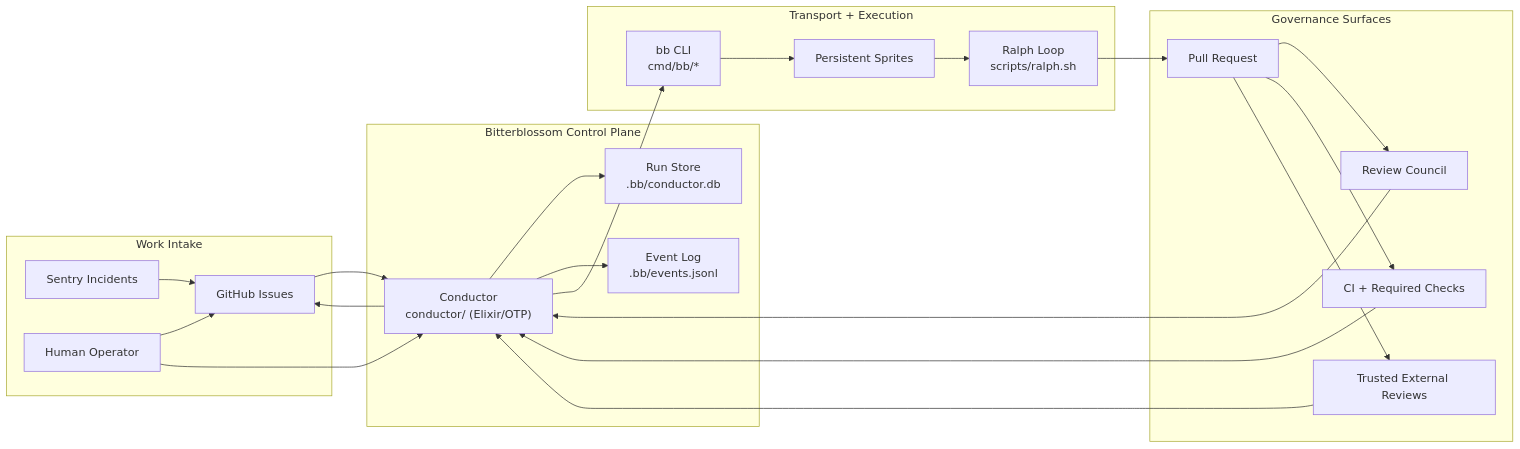
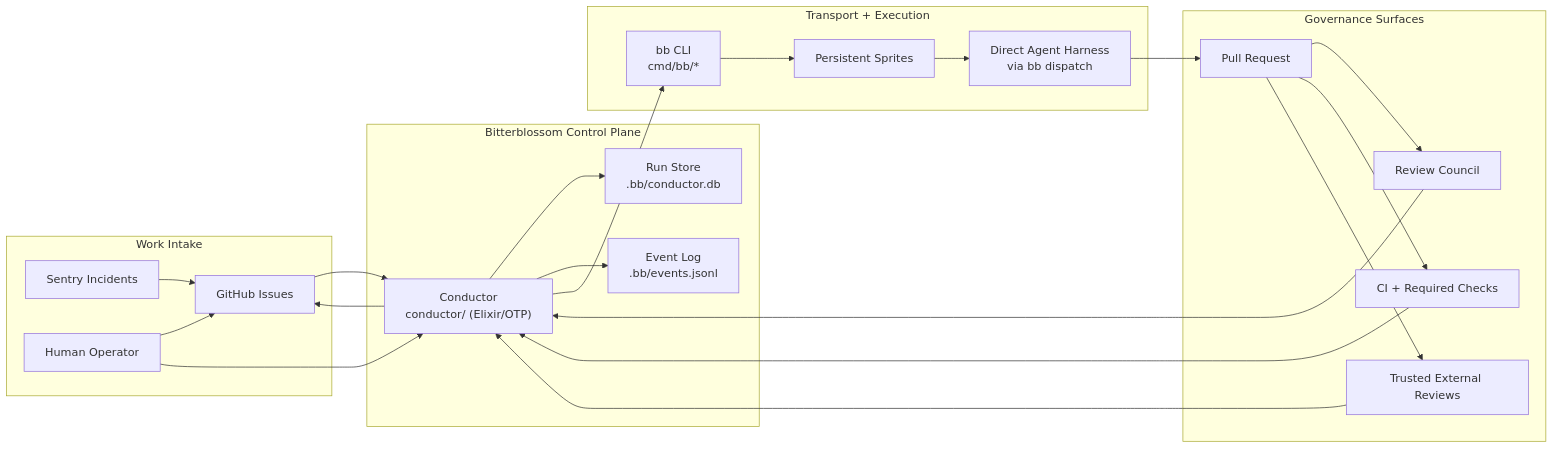
Before and after one commit to misty-step/bitterblossom: the first of 2 diagrams in docs/architecture/README.md, drawn with Mermaid. The commit also changed other lines of this file and 38 other files, not shown here.

````diff
--- a/docs/architecture/README.md
+++ b/docs/architecture/README.md
@@ -23,45 +23,45 @@
 ```mermaid
 flowchart LR
     subgraph Inputs["Work Intake"]
         GH["GitHub Issues"]
         Sentry["Sentry Incidents"]
         Ops["Human Operator"]
     end
 
     subgraph Control["Bitterblossom Control Plane"]
         Conductor["Conductor\nconductor/ (Elixir/OTP)"]
         DB["Run Store\n.bb/conductor.db"]
         Events["Event Log\n.bb/events.jsonl"]
     end
 
     subgraph Runtime["Transport + Execution"]
         BB["bb CLI\ncmd/bb/*"]
-        Ralph["Ralph Loop\nscripts/ralph.sh"]
+        Agent["Direct Agent Harness\nvia bb dispatch"]
         Sprites["Persistent Sprites"]
     end
 
     subgraph Review["Governance Surfaces"]
         PR["Pull Request"]
         CI["CI + Required Checks"]
         Council["Review Council"]
         External["Trusted External Reviews"]
     end
 
     Sentry --> GH
     GH --> Conductor
     Ops --> GH
     Ops --> Conductor
     Conductor --> DB
     Conductor --> Events
     Conductor --> BB
     BB --> Sprites
-    Sprites --> Ralph
-    Ralph --> PR
+    Sprites --> Agent
+    Agent --> PR
     PR --> Council
     PR --> CI
     PR --> External
     Council --> Conductor
     CI --> Conductor
     External --> Conductor
     Conductor --> GH
 ```
````
